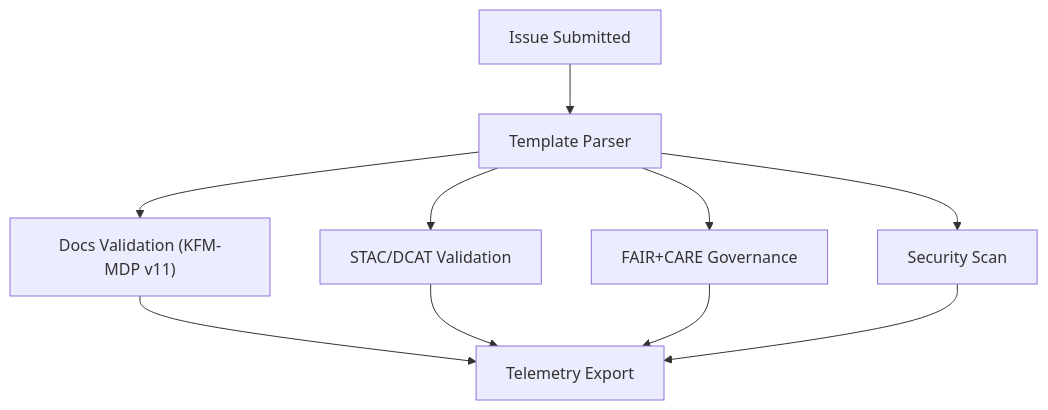
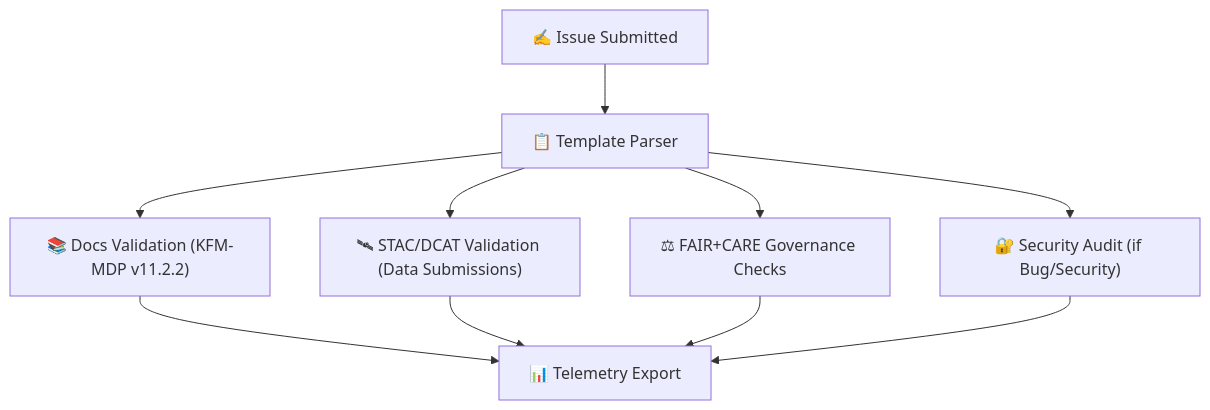
The diagram in .github/ISSUE_TEMPLATE/README.md (bartytime4life/Kansas-Frontier-Matrix), drawn with Mermaid before and after one commit. The commit also changed other lines of this file, not shown here.

````diff
--- a/.github/ISSUE_TEMPLATE/README.md
+++ b/.github/ISSUE_TEMPLATE/README.md
@@ -245,12 +255,12 @@
 ```mermaid
 flowchart TD
-  A["Issue Submitted"] --> B["Template Parser"]
-  B --> C["Docs Validation (KFM-MDP v11)"]
-  B --> D["STAC/DCAT Validation"]
-  B --> E["FAIR+CARE Governance"]
-  B --> F["Security Scan"]
-  C --> G["Telemetry Export"]
+  A["✍️ Issue Submitted"] --> B["📋 Template Parser"]
+  B --> C["📚 Docs Validation (KFM-MDP v11.2.2)"]
+  B --> D["🛰 STAC/DCAT Validation (Data Submissions)"]
+  B --> E["⚖ FAIR+CARE Governance Checks"]
+  B --> F["🔐 Security Audit (if Bug/Security)"]
+  C --> G["📊 Telemetry Export"]
   D --> G
   E --> G
   F --> G
 ```
````
